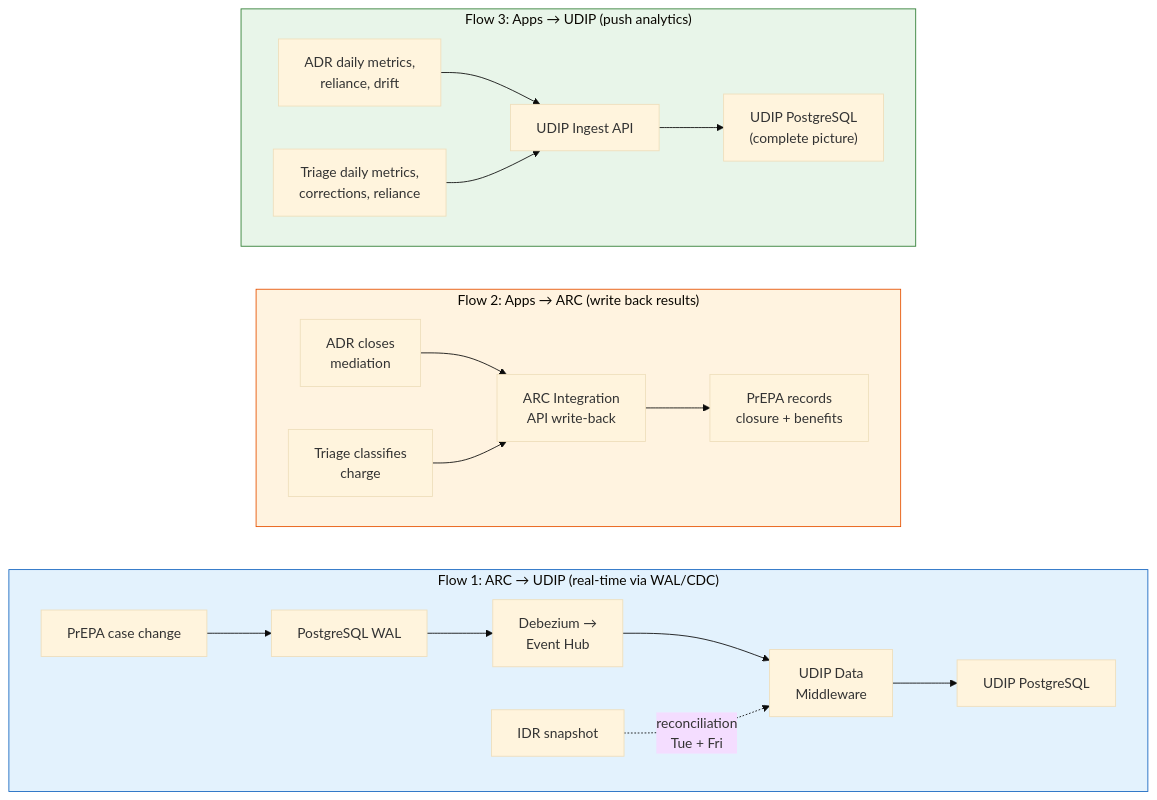
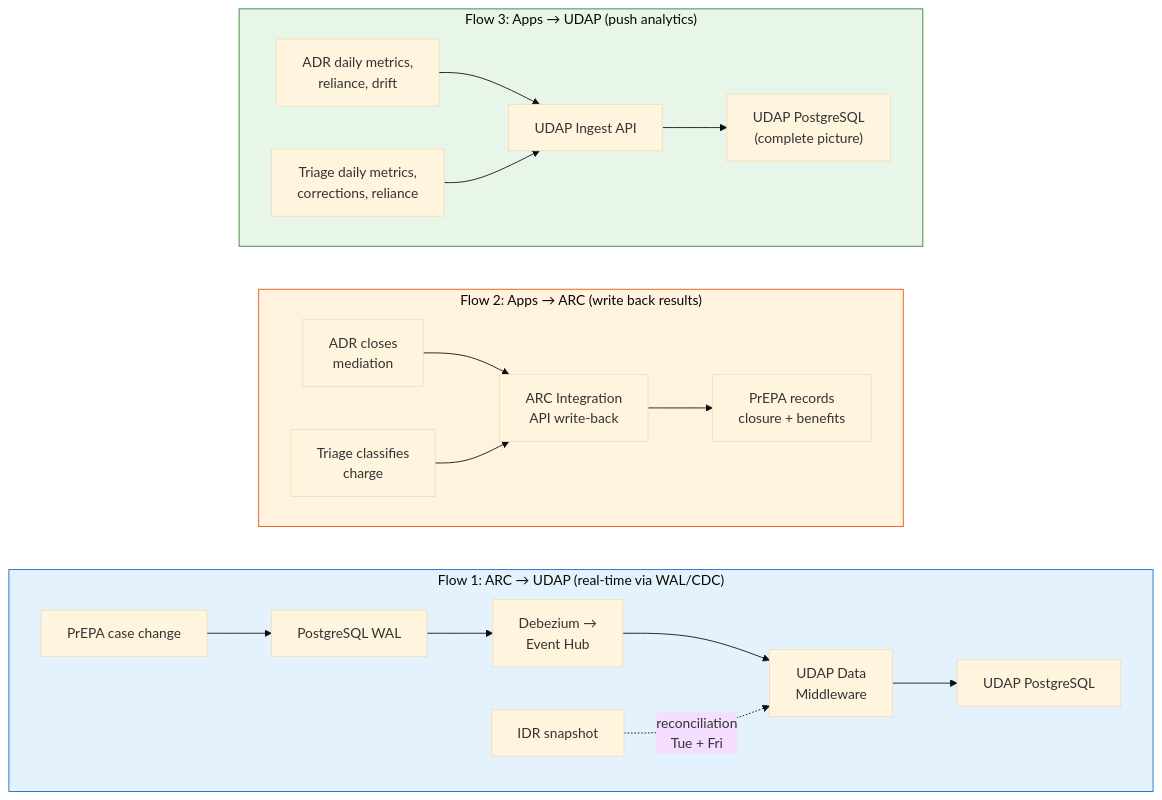
Before and after one commit to derekcentrico/eeoc-ai-platform-docs: the second of 6 diagrams in OCIO_Leadership_Briefing.md, drawn with Mermaid (base theme). The commit also changed other lines of this file and 18 other files, not shown here.

Commit message:
Rename UDIP to UDAP (Unified Data Analytics Platform)

````diff
--- a/OCIO_Leadership_Briefing.md
+++ b/OCIO_Leadership_Briefing.md
@@ -115,25 +115,25 @@
 ```mermaid
 flowchart LR
-    subgraph FlowA["Flow 1: ARC → UDIP (real-time via WAL/CDC)"]
+    subgraph FlowA["Flow 1: ARC → UDAP (real-time via WAL/CDC)"]
         direction LR
-        A1["PrEPA case change"] --> A2["PostgreSQL WAL"] --> A3["Debezium →<br/>Event Hub"] --> A4["UDIP Data<br/>Middleware"] --> A5["UDIP PostgreSQL"]
+        A1["PrEPA case change"] --> A2["PostgreSQL WAL"] --> A3["Debezium →<br/>Event Hub"] --> A4["UDAP Data<br/>Middleware"] --> A5["UDAP PostgreSQL"]
         A6["IDR snapshot"] -.->|"reconciliation<br/>Tue + Fri"| A4
     end
 
     subgraph FlowB["Flow 2: Apps → ARC (write back results)"]
         direction LR
         B1["ADR closes<br/>mediation"] --> B2["ARC Integration<br/>API write-back"] --> B3["PrEPA records<br/>closure + benefits"]
         B4["Triage classifies<br/>charge"] --> B2
     end
 
-    subgraph FlowC["Flow 3: Apps → UDIP (push analytics)"]
+    subgraph FlowC["Flow 3: Apps → UDAP (push analytics)"]
         direction LR
-        C1["ADR daily metrics,<br/>reliance, drift"] --> C2["UDIP Ingest API"]
+        C1["ADR daily metrics,<br/>reliance, drift"] --> C2["UDAP Ingest API"]
         C3["Triage daily metrics,<br/>corrections, reliance"] --> C2
-        C2 --> C4["UDIP PostgreSQL<br/>(complete picture)"]
+        C2 --> C4["UDAP PostgreSQL<br/>(complete picture)"]
     end
 
     style FlowA fill:#e3f2fd,stroke:#1565c0
     style FlowB fill:#fff3e0,stroke:#e65100
     style FlowC fill:#e8f5e9,stroke:#2e7d32
 ```
````
